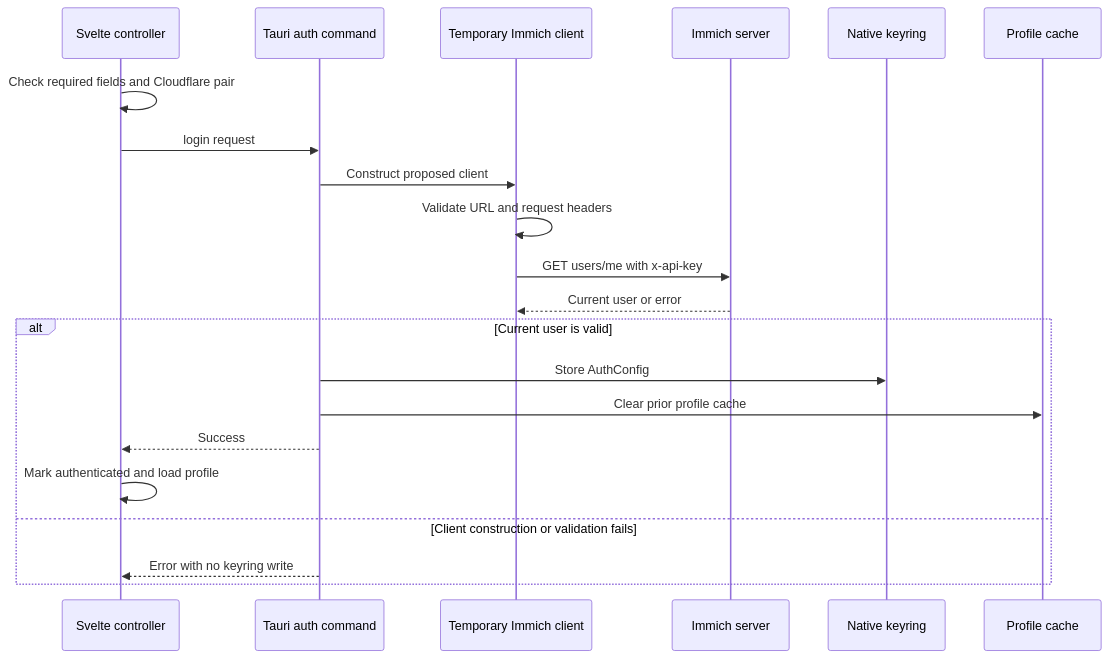
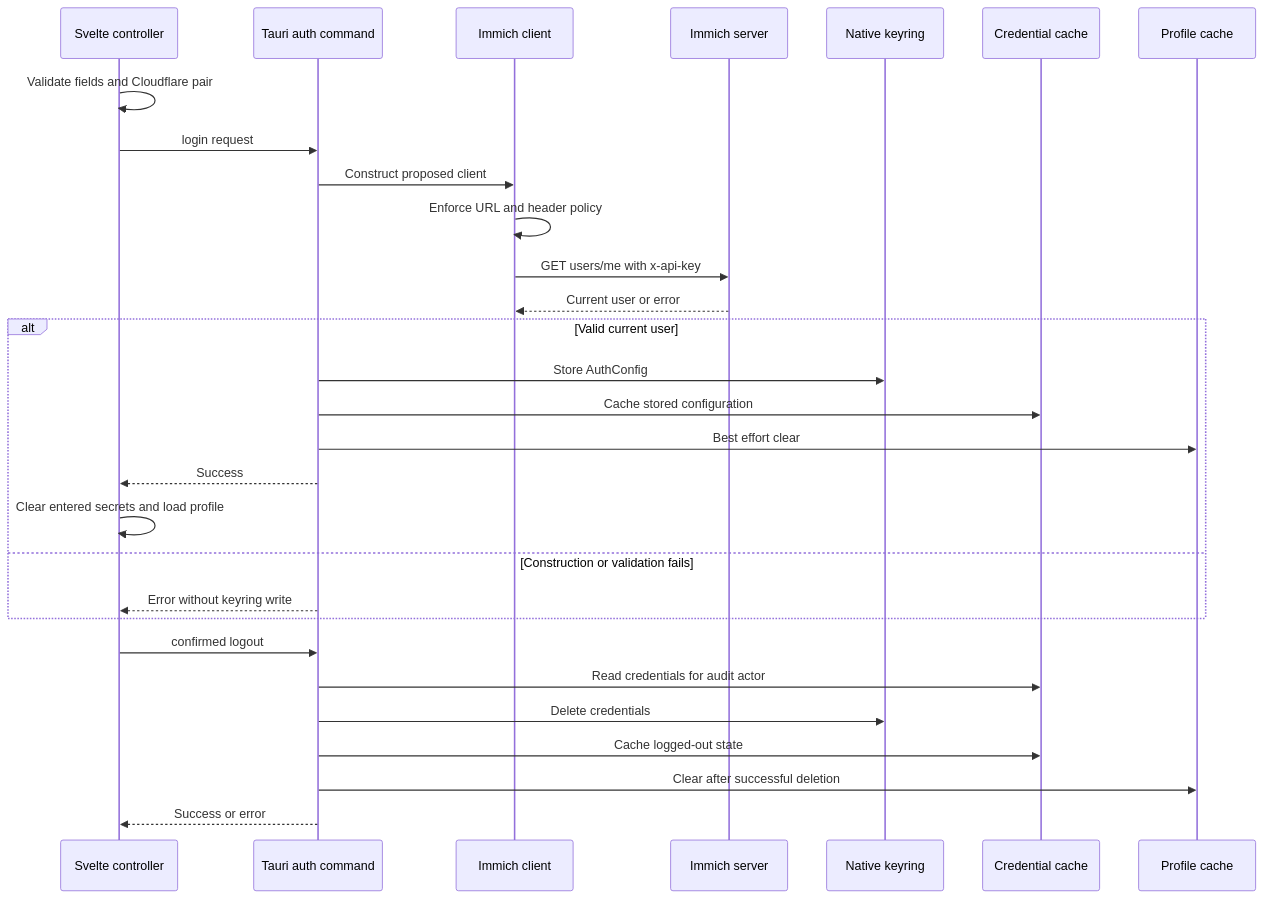
The diagram in openwiki/security/authentication.md (xXRoxXeRXx/lymic), drawn with Mermaid before and after one commit. The commit also changed other lines of this file and 21 other files, not shown here.

````diff
--- a/openwiki/security/authentication.md
+++ b/openwiki/security/authentication.md
@@ -51,24 +53,32 @@
 ```mermaid
 sequenceDiagram
     participant UI as Svelte controller
     participant IPC as Tauri auth command
-    participant Client as Temporary Immich client
-    participant Immich as Immich server
+    participant Client as Immich client
+    participant Server as Immich server
     participant Keyring as Native keyring
-    participant Cache as Profile cache
+    participant CredCache as Credential cache
+    participant ProfileCache as Profile cache
 
-    UI->>UI: Check required fields and Cloudflare pair
+    UI->>UI: Validate fields and Cloudflare pair
     UI->>IPC: login request
     IPC->>Client: Construct proposed client
-    Client->>Client: Validate URL and request headers
-    Client->>Immich: GET users/me with x-api-key
-    Immich-->>Client: Current user or error
-    alt Current user is valid
+    Client->>Client: Enforce URL and header policy
+    Client->>Server: GET users/me with x-api-key
+    Server-->>Client: Current user or error
+    alt Valid current user
         IPC->>Keyring: Store AuthConfig
-        IPC->>Cache: Clear prior profile cache
+        IPC->>CredCache: Cache stored configuration
+        IPC->>ProfileCache: Best effort clear
         IPC-->>UI: Success
-        UI->>UI: Mark authenticated and load profile
-    else Client construction or validation fails
-        IPC-->>UI: Error with no keyring write
+        UI->>UI: Clear entered secrets and load profile
+    else Construction or validation fails
+        IPC-->>UI: Error without keyring write
     end
+    UI->>IPC: confirmed logout
+    IPC->>CredCache: Read credentials for audit actor
+    IPC->>Keyring: Delete credentials
+    IPC->>CredCache: Cache logged-out state
+    IPC->>ProfileCache: Clear after successful deletion
+    IPC-->>UI: Success or error
 ```
````
